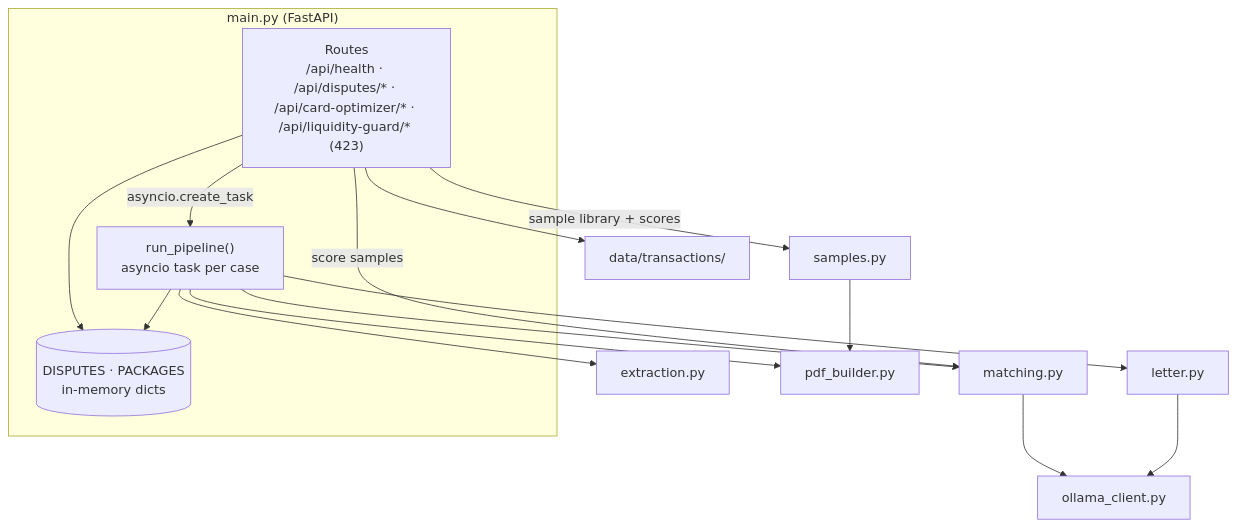
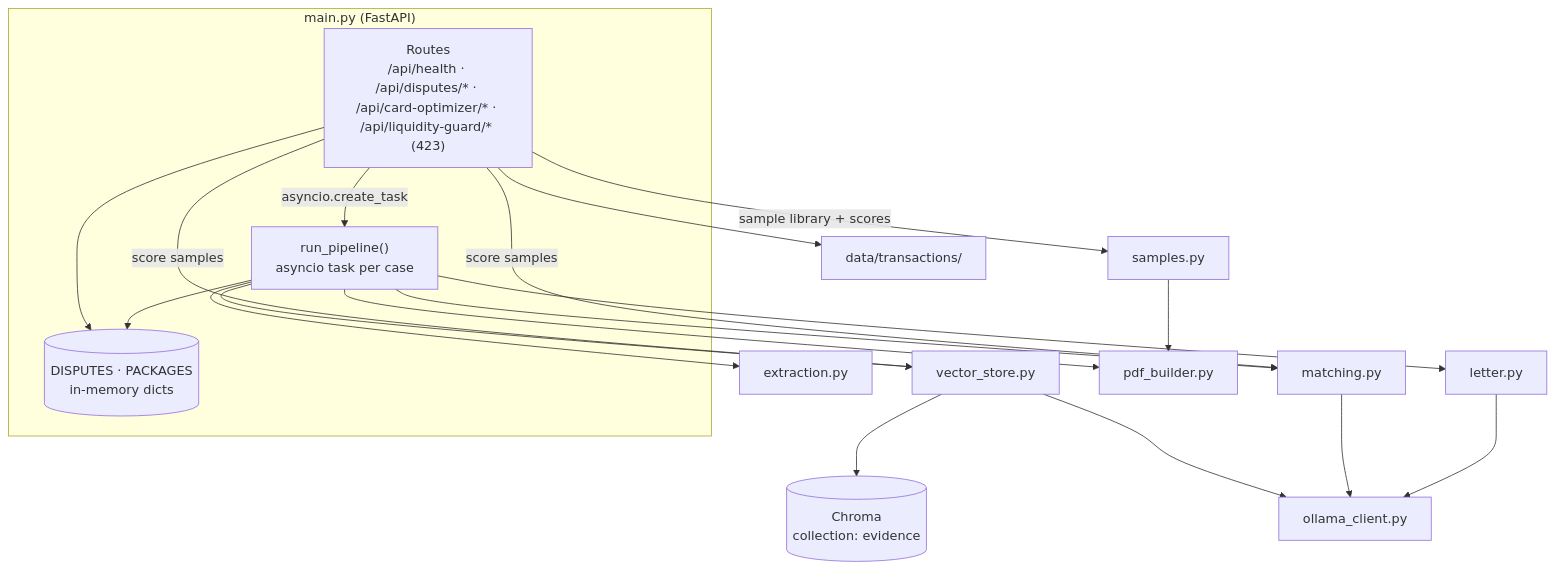
The second of 7 diagrams in docs/ARCHITECTURE.md (rajatrao/payment_intelligence), drawn with Mermaid before and after one commit. The commit also changed other lines of this file and 11 other files, not shown here.

First line of the commit message:
Store evidence embeddings in Chroma

````diff
--- a/docs/ARCHITECTURE.md
+++ b/docs/ARCHITECTURE.md
@@ -79,27 +84,32 @@
 ```mermaid
 flowchart TB
     subgraph api["main.py (FastAPI)"]
         routes["Routes<br/>/api/health · /api/disputes/* · /api/card-optimizer/* · /api/liquidity-guard/* (423)"]
         pipeline["run_pipeline()<br/>asyncio task per case"]
         store[("DISPUTES · PACKAGES<br/>in-memory dicts")]
     end
     data["data/transactions/"]
     samples["samples.py"]
     extraction["extraction.py"]
     matching["matching.py"]
+    vstore["vector_store.py"]
+    chroma[("Chroma<br/>collection: evidence")]
     letter["letter.py"]
     ollama["ollama_client.py"]
     pdf["pdf_builder.py"]
 
     routes --> data
     routes --> store
     routes -- "asyncio.create_task" --> pipeline
     pipeline --> extraction
+    pipeline --> vstore --> ollama
+    vstore --> chroma
     pipeline --> matching --> ollama
     pipeline --> letter --> ollama
     pipeline --> pdf
     pipeline --> store
     routes -- "sample library + scores" --> samples
     samples --> pdf
+    routes -- "score samples" --> vstore
     routes -- "score samples" --> matching
 ```
````
